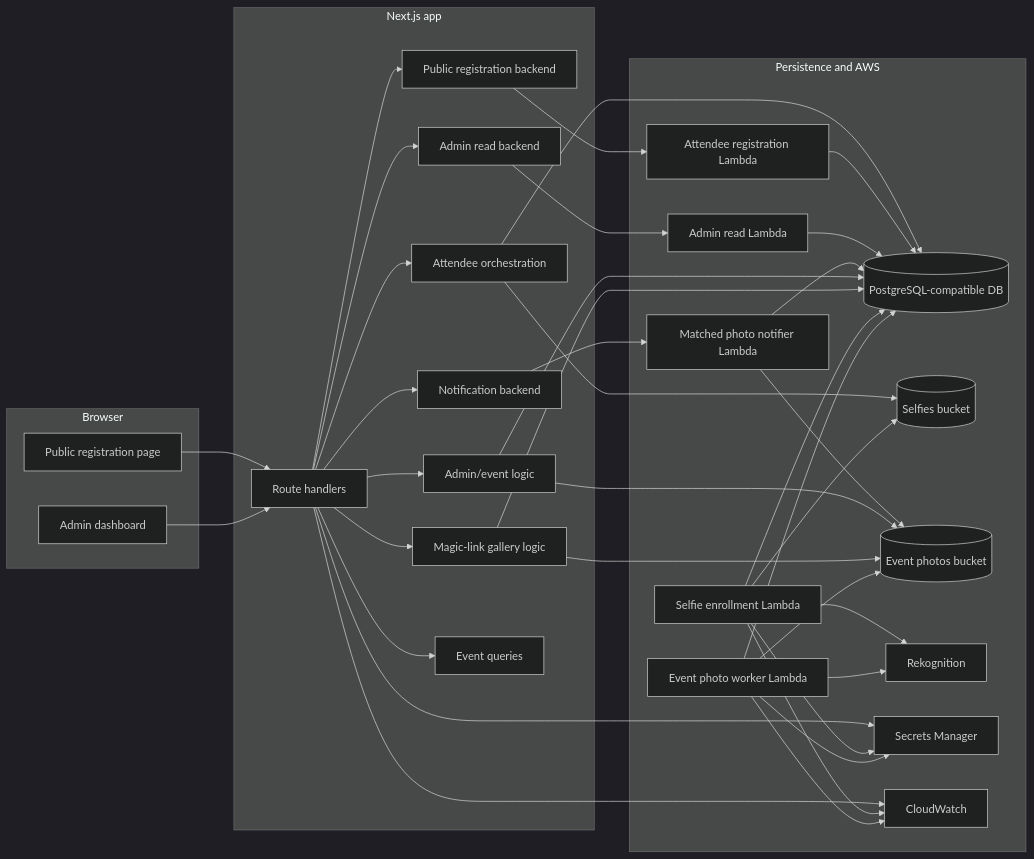
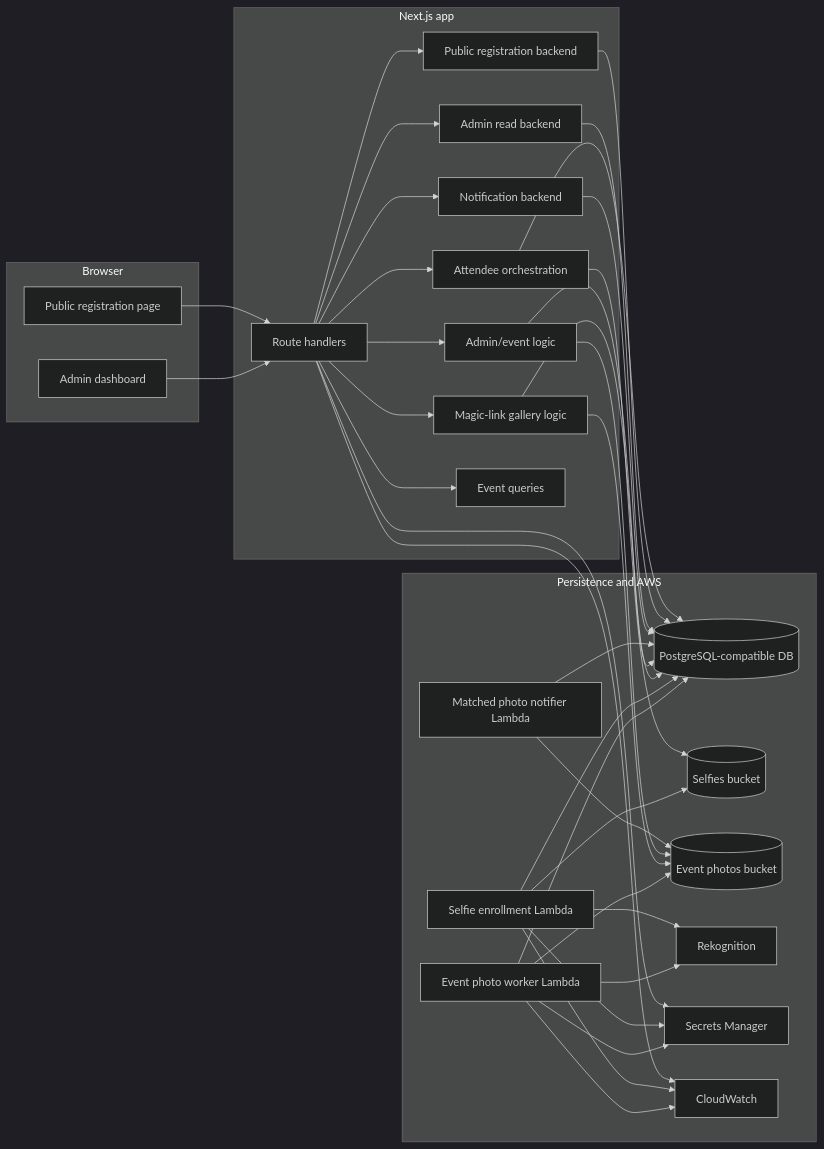
Before and after one commit to anyulled/FaceLocator: the third of 8 diagrams in README.md, drawn with Mermaid (dark theme). The commit also changed other lines of this file and 40 other files, not shown here.

````diff
--- a/README.md
+++ b/README.md
@@ -93,67 +93,63 @@
 ```mermaid
 flowchart LR
   subgraph Browser
     publicPage["Public registration page"]
     adminPage["Admin dashboard"]
   end
 
   subgraph NextJS["Next.js app"]
     routes["Route handlers"]
     publicBackend["Public registration backend"]
     adminBackend["Admin read backend"]
     notificationBackend["Notification backend"]
     attendeeLib["Attendee orchestration"]
     adminLib["Admin/event logic"]
     notificationLib["Magic-link gallery logic"]
     eventQueries["Event queries"]
   end
 
   subgraph Data["Persistence and AWS"]
     db[(PostgreSQL-compatible DB)]
     s3Selfies[(Selfies bucket)]
     s3Photos[(Event photos bucket)]
     lambdaEnroll["Selfie enrollment Lambda"]
-    lambdaAttendee["Attendee registration Lambda"]
-    lambdaAdmin["Admin read Lambda"]
     lambdaNotifier["Matched photo notifier Lambda"]
     lambdaPhotos["Event photo worker Lambda"]
     rekognition["Rekognition"]
     secrets["Secrets Manager"]
     cloudwatch["CloudWatch"]
   end
 
   publicPage --> routes
   adminPage --> routes
   routes --> publicBackend
   routes --> adminBackend
   routes --> notificationBackend
   routes --> attendeeLib
   routes --> adminLib
   routes --> notificationLib
   routes --> eventQueries
   attendeeLib --> db
   attendeeLib --> s3Selfies
-  publicBackend --> lambdaAttendee
-  adminBackend --> lambdaAdmin
-  notificationBackend --> lambdaNotifier
-  lambdaAttendee --> db
-  lambdaAdmin --> db
+  publicBackend --> db
+  adminBackend --> db
+  notificationBackend --> db
   lambdaNotifier --> db
   lambdaNotifier --> s3Photos
   adminLib --> db
   adminLib --> s3Photos
   notificationLib --> db
   notificationLib --> s3Photos
   lambdaEnroll --> s3Selfies
   lambdaEnroll --> rekognition
   lambdaEnroll --> db
   lambdaPhotos --> s3Photos
   lambdaPhotos --> rekognition
   lambdaPhotos --> db
   routes --> cloudwatch
   lambdaEnroll --> cloudwatch
   lambdaPhotos --> cloudwatch
   routes --> secrets
   lambdaEnroll --> secrets
   lambdaPhotos --> secrets
 ```
````
